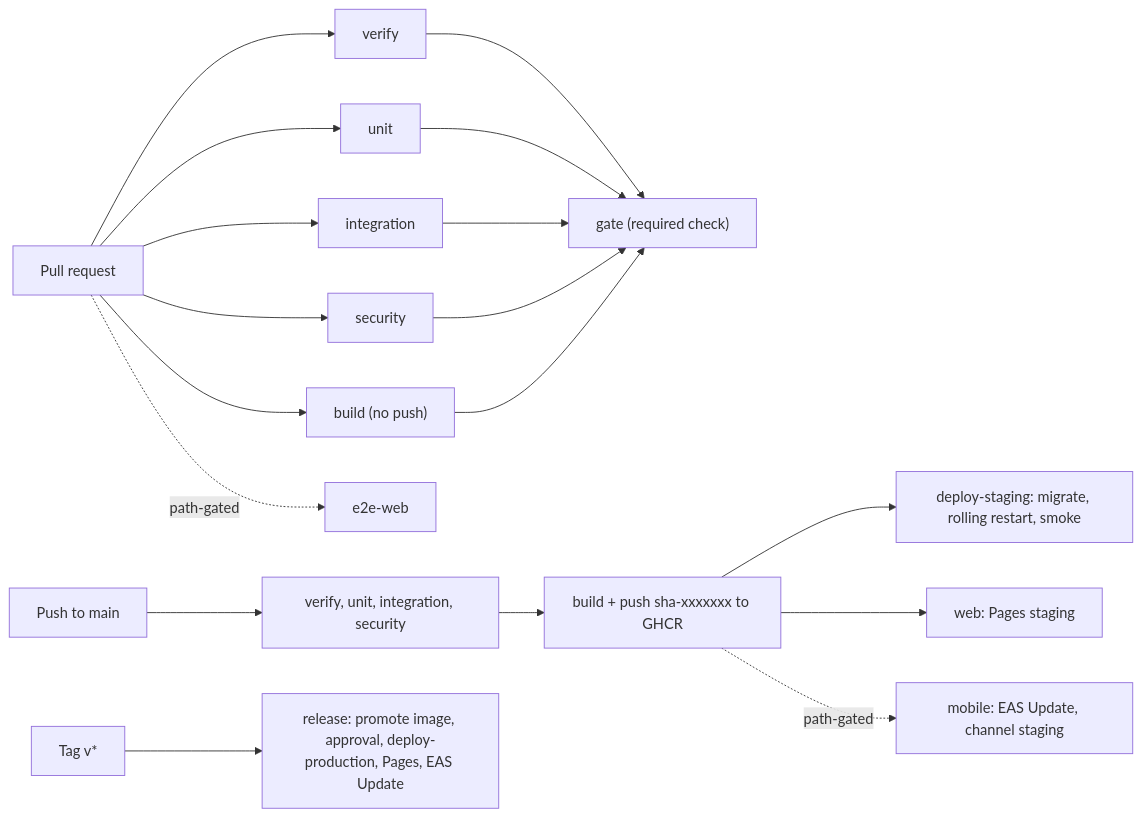
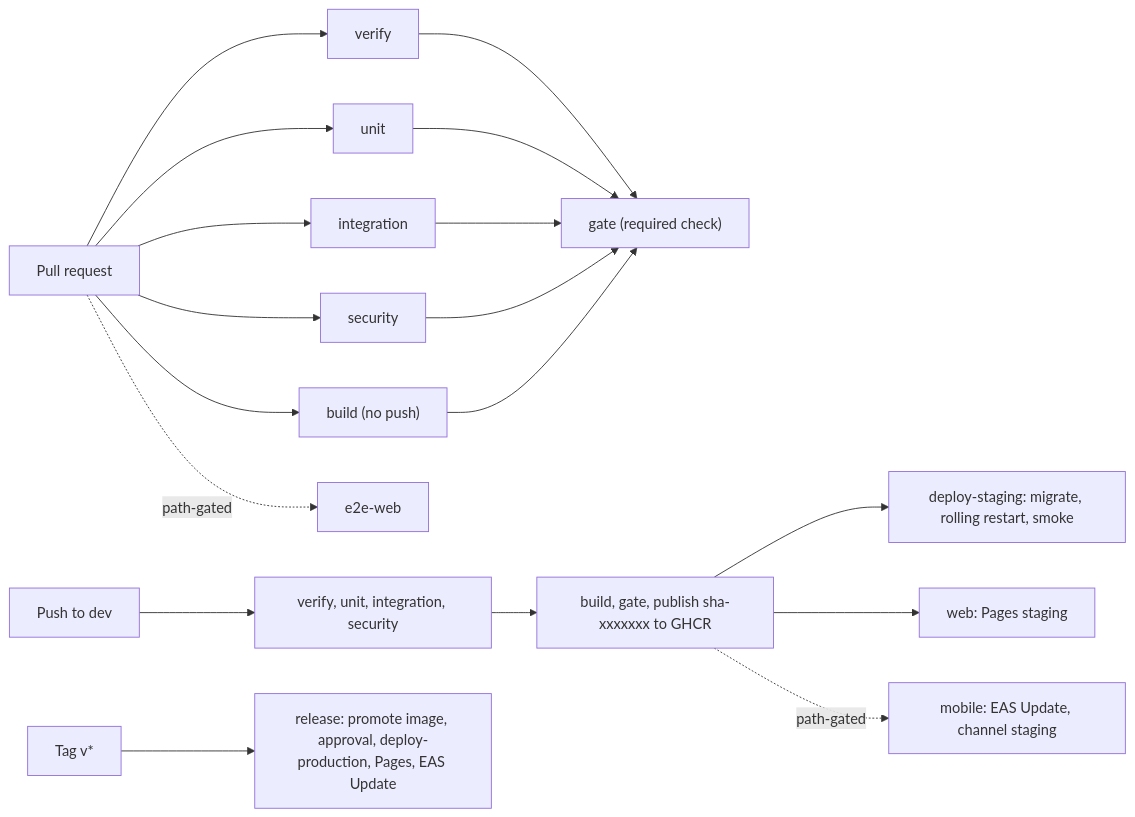
Before and after one commit to ninggiangboy/residential-management-system: the first of 2 diagrams in docs/09-operations/ci-cd.md, drawn with Mermaid. The commit also changed other lines of this file and 38 other files, not shown here.

````diff
--- a/docs/09-operations/ci-cd.md
+++ b/docs/09-operations/ci-cd.md
@@ -31,16 +31,16 @@
 ```mermaid
 flowchart LR
   PR["Pull request"] --> V["verify"]
   PR --> U["unit"]
   PR --> I["integration"]
   PR --> S["security"]
   PR --> B0["build (no push)"]
   PR -. "path-gated" .-> E["e2e-web"]
   V & U & I & S & B0 --> G["gate (required check)"]
-  MAIN["Push to main"] --> V2["verify, unit, integration, security"]
-  V2 --> B1["build + push sha-xxxxxxx to GHCR"]
+  MAIN["Push to dev"] --> V2["verify, unit, integration, security"]
+  V2 --> B1["build, gate, publish sha-xxxxxxx to GHCR"]
   B1 --> DS["deploy-staging: migrate, rolling restart, smoke"]
   B1 --> PW["web: Pages staging"]
   B1 -. "path-gated" .-> OTA["mobile: EAS Update, channel staging"]
   TAG["Tag v*"] --> R["release: promote image, approval, deploy-production, Pages, EAS Update"]
 ```
````
